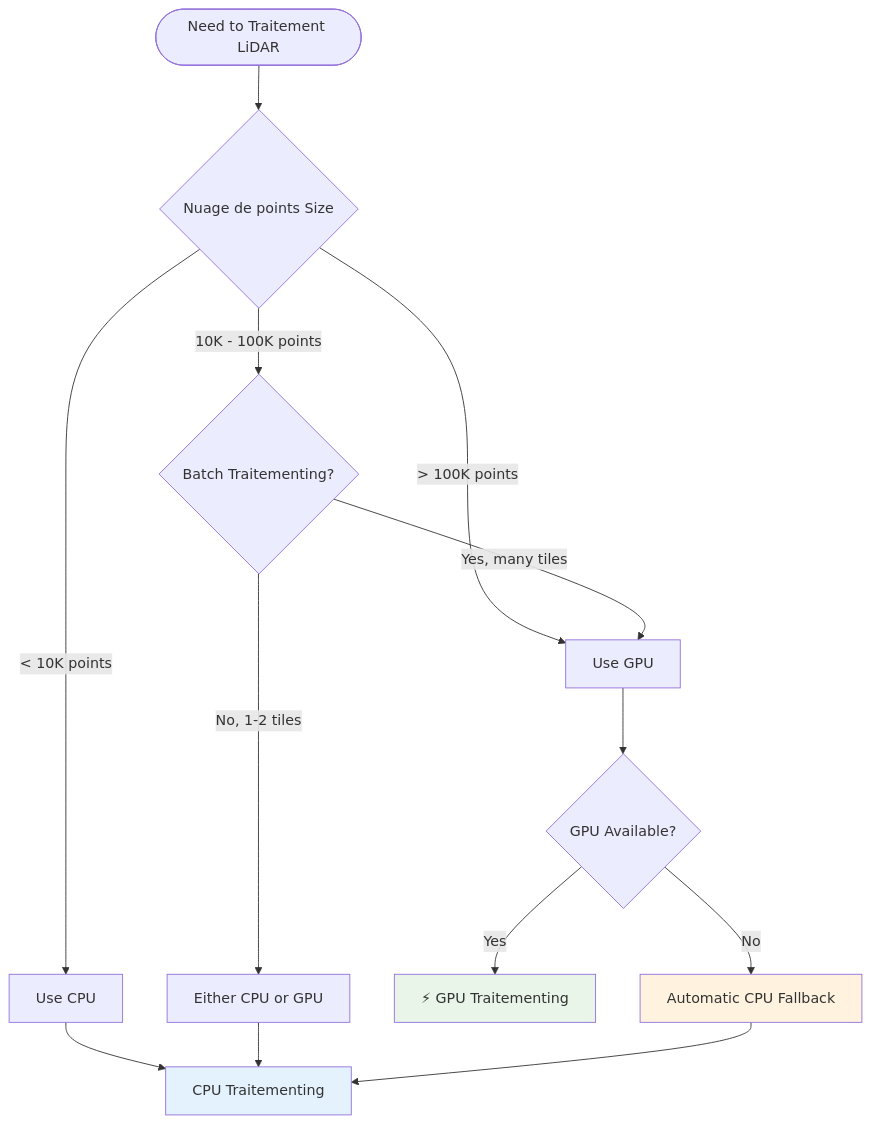
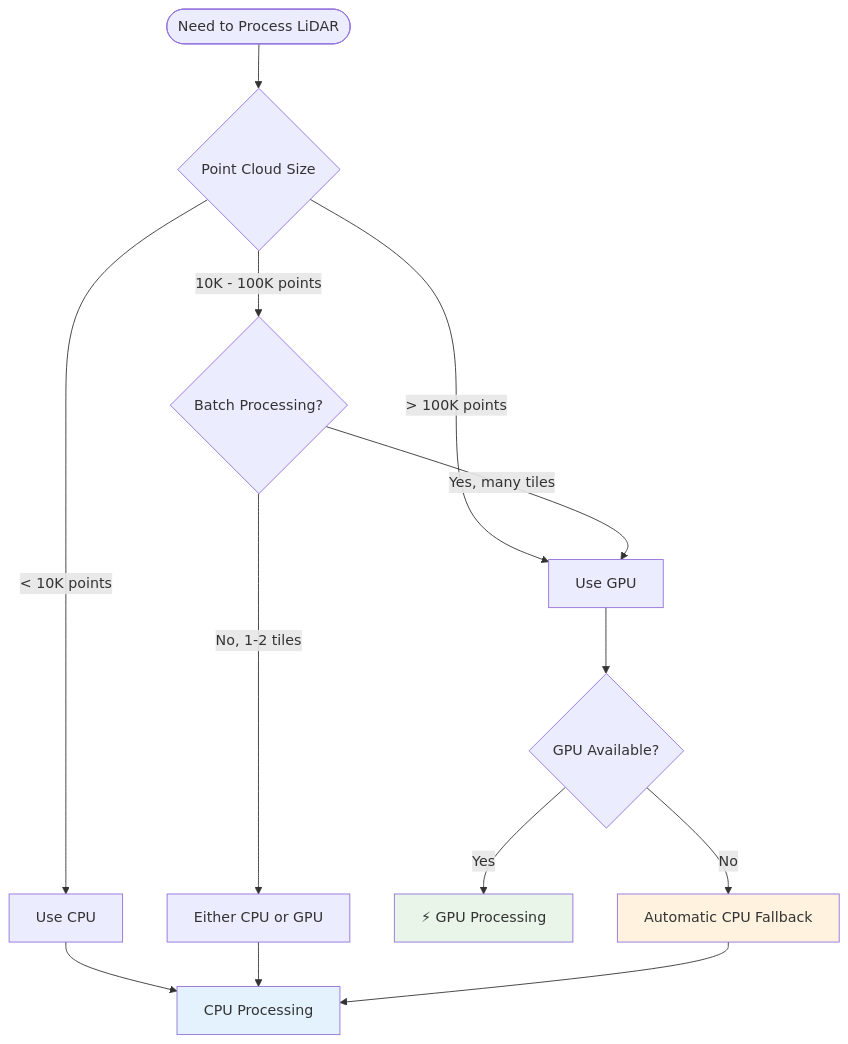
The first of 3 diagrams in website/i18n/fr/docusaurus-plugin-content-docs/current/gpu/overview.md (sducournau/IGN_LIDAR_HD_DATASET), drawn with Mermaid before and after one commit. The commit also changed other lines of this file and 145 other files, not shown here.

````diff
--- a/website/i18n/fr/docusaurus-plugin-content-docs/current/gpu/overview.md
+++ b/website/i18n/fr/docusaurus-plugin-content-docs/current/gpu/overview.md
@@ -268,23 +276,23 @@
 ```mermaid
 flowchart TD
-    Start([Need to Traitement LiDAR]) --> Size{Nuage de points Size}
+    Start([Need to Process LiDAR]) --> Size{Point Cloud Size}
 
     Size -->|< 10K points| UseCPU[Use CPU]
-    Size -->|10K - 100K points| Consider{Batch Traitementing?}
+    Size -->|10K - 100K points| Consider{Batch Processing?}
     Size -->|> 100K points| UseGPU[Use GPU]
 
     Consider -->|Yes, many tiles| UseGPU
     Consider -->|No, 1-2 tiles| Either[Either CPU or GPU]
 
     UseGPU --> Check{GPU Available?}
-    Check -->|Yes| GPUTraitement[⚡ GPU Traitementing]
+    Check -->|Yes| GPUProcess[⚡ GPU Processing]
     Check -->|No| Fallback[Automatic CPU Fallback]
 
-    UseCPU --> CPUTraitement[CPU Traitementing]
-    Either --> CPUTraitement
-    Fallback --> CPUTraitement
+    UseCPU --> CPUProcess[CPU Processing]
+    Either --> CPUProcess
+    Fallback --> CPUProcess
 
-    style GPUTraitement fill:#e8f5e8
-    style CPUTraitement fill:#e3f2fd
+    style GPUProcess fill:#e8f5e8
+    style CPUProcess fill:#e3f2fd
     style Fallback fill:#fff3e0
 ```
````
